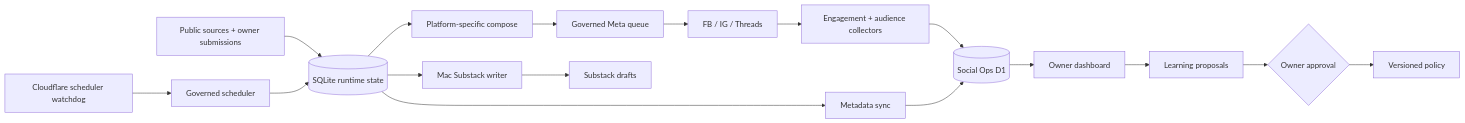
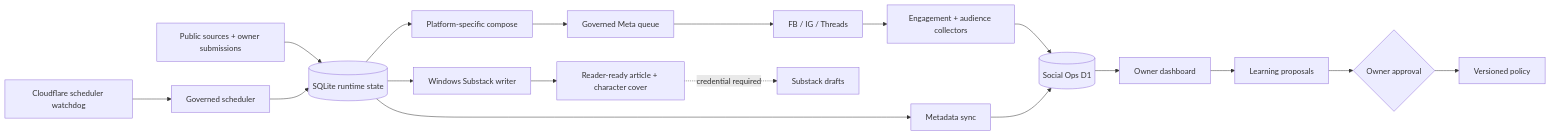
Before and after one commit to HsinTiger/news-radar: the diagram in README.md, drawn with Mermaid. The commit also changed other lines of this file and 9 other files, not shown here.

Commit message:
refactor(substack): move editorial writer to Windows

````diff
--- a/README.md
+++ b/README.md
@@ -94,19 +98,20 @@
 ```mermaid
 flowchart LR
   Sources[Public sources + owner submissions] --> Runtime[(SQLite runtime state)]
   Watchdog[Cloudflare scheduler watchdog] --> Scheduler[Governed scheduler]
   Scheduler --> Runtime
   Runtime --> Compose[Platform-specific compose]
   Compose --> Queue[Governed Meta queue]
   Queue --> Meta[FB / IG / Threads]
-  Runtime --> Mac[Mac Substack writer]
-  Mac --> Drafts[Substack drafts]
+  Runtime --> Win[Windows Substack writer]
+  Win --> Files[Reader-ready article + character cover]
+  Files -. credential required .-> Drafts[Substack drafts]
   Meta --> Metrics[Engagement + audience collectors]
   Metrics --> D1[(Social Ops D1)]
   Runtime --> Sync[Metadata sync]
   Sync --> D1
   D1 --> Dashboard[Owner dashboard]
   Dashboard --> Proposal[Learning proposals]
   Proposal --> Approval{Owner approval}
   Approval --> Policy[Versioned policy]
 ```
````
